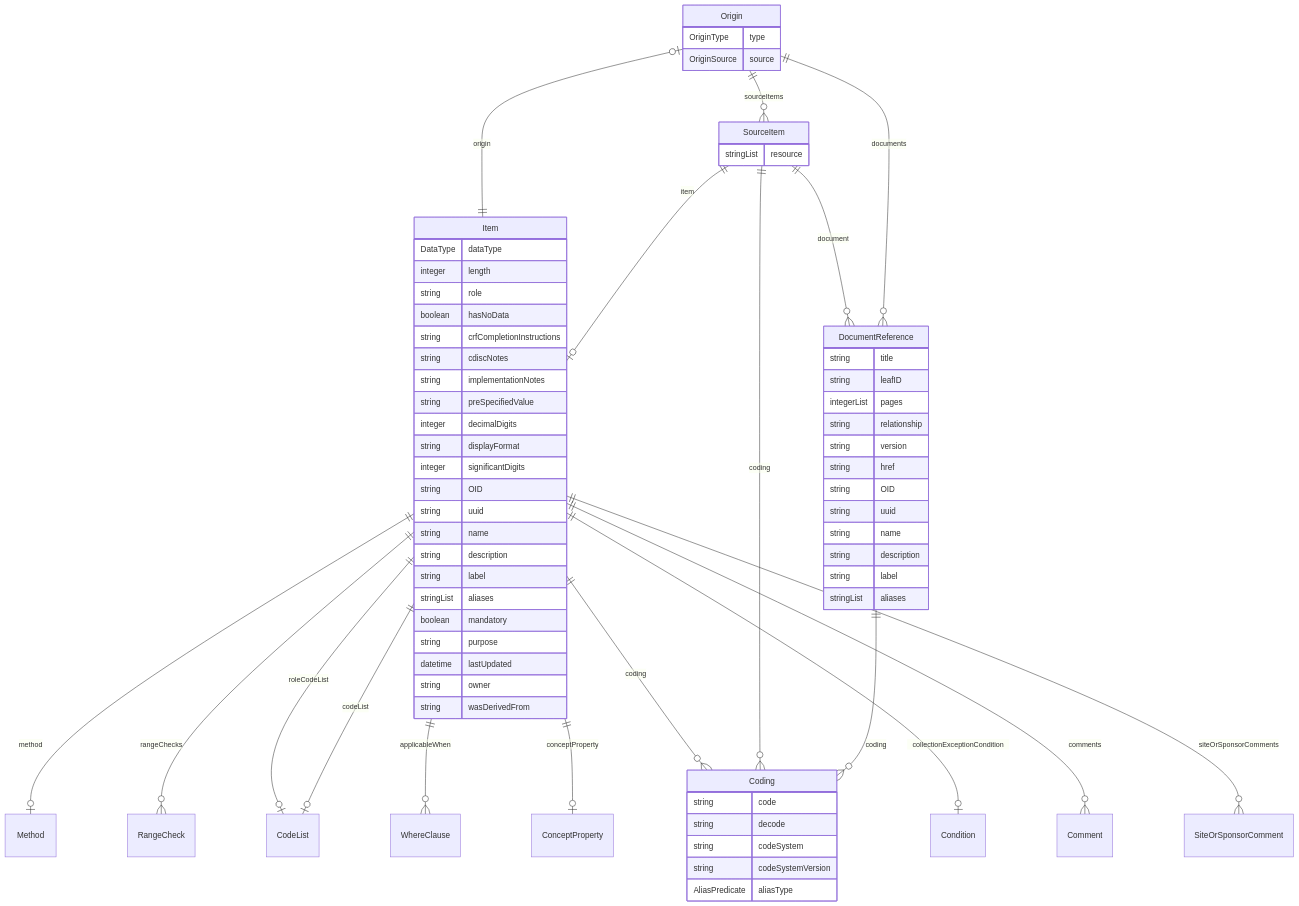
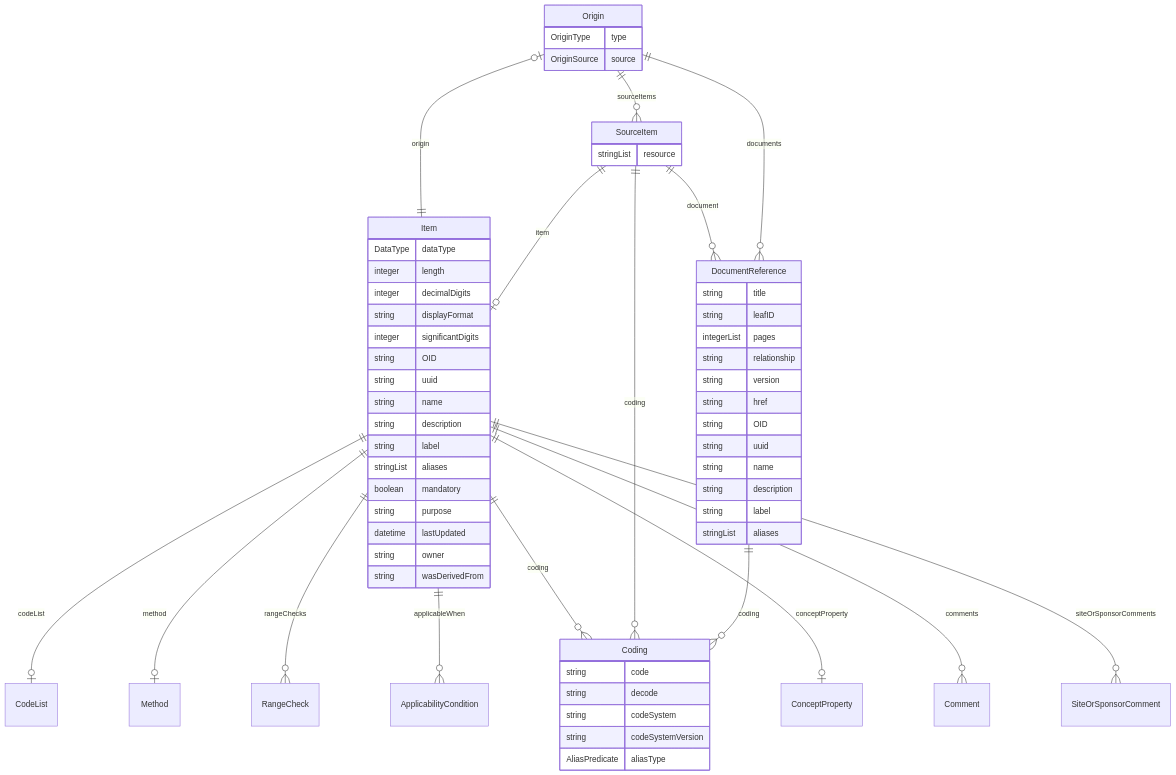
Before and after one commit to TeMeta/define-json: the diagram in docs/classes/Origin.md, drawn with Mermaid. The commit also changed other lines of this file and 350 other files, not shown here.

````diff
--- a/docs/classes/Origin.md
+++ b/docs/classes/Origin.md
@@ -15,74 +15,66 @@
 ```mermaid
 erDiagram
 Origin {
     OriginType type  
     OriginSource source  
 }
 DocumentReference {
     string title  
     string leafID  
     integerList pages  
     string relationship  
     string version  
     string href  
     string OID  
     string uuid  
     string name  
     string description  
     string label  
     stringList aliases  
 }
 Coding {
     string code  
     string decode  
     string codeSystem  
     string codeSystemVersion  
     AliasPredicate aliasType  
 }
 SourceItem {
     stringList resource  
 }
 Item {
     DataType dataType  
     integer length  
-    string role  
-    boolean hasNoData  
-    string crfCompletionInstructions  
-    string cdiscNotes  
-    string implementationNotes  
-    string preSpecifiedValue  
     integer decimalDigits  
     string displayFormat  
     integer significantDigits  
     string OID  
     string uuid  
     string name  
     string description  
     string label  
     stringList aliases  
     boolean mandatory  
     string purpose  
     datetime lastUpdated  
     string owner  
     string wasDerivedFrom  
 }
 
 Origin ||--}o SourceItem : "sourceItems"
 Origin ||--}o DocumentReference : "documents"
 DocumentReference ||--}o Coding : "coding"
 SourceItem ||--|o Item : "item"
 SourceItem ||--}o DocumentReference : "document"
 SourceItem ||--}o Coding : "coding"
 Item ||--|o CodeList : "codeList"
 Item ||--|o Method : "method"
 Item ||--}o RangeCheck : "rangeChecks"
-Item ||--}o WhereClause : "applicableWhen"
+Item ||--}o ApplicabilityCondition : "applicableWhen"
 Item ||--|o Origin : "origin"
 Item ||--|o ConceptProperty : "conceptProperty"
-Item ||--|o CodeList : "roleCodeList"
-Item ||--|o Condition : "collectionExceptionCondition"
 Item ||--}o Coding : "coding"
 Item ||--}o Comment : "comments"
 Item ||--}o SiteOrSponsorComment : "siteOrSponsorComments"
 
 ```
````
